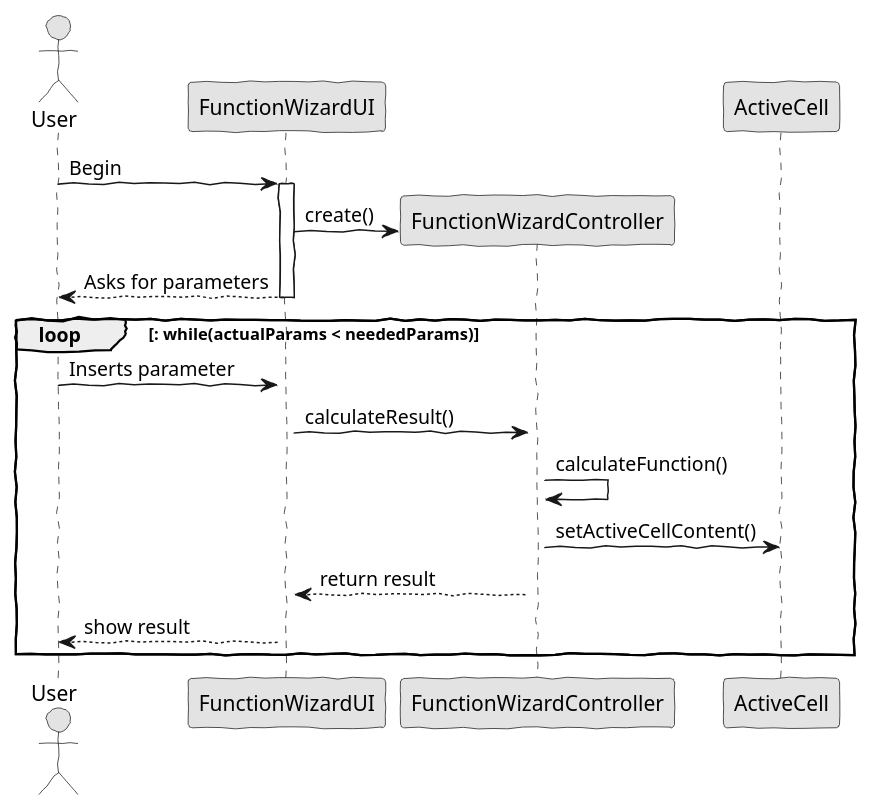
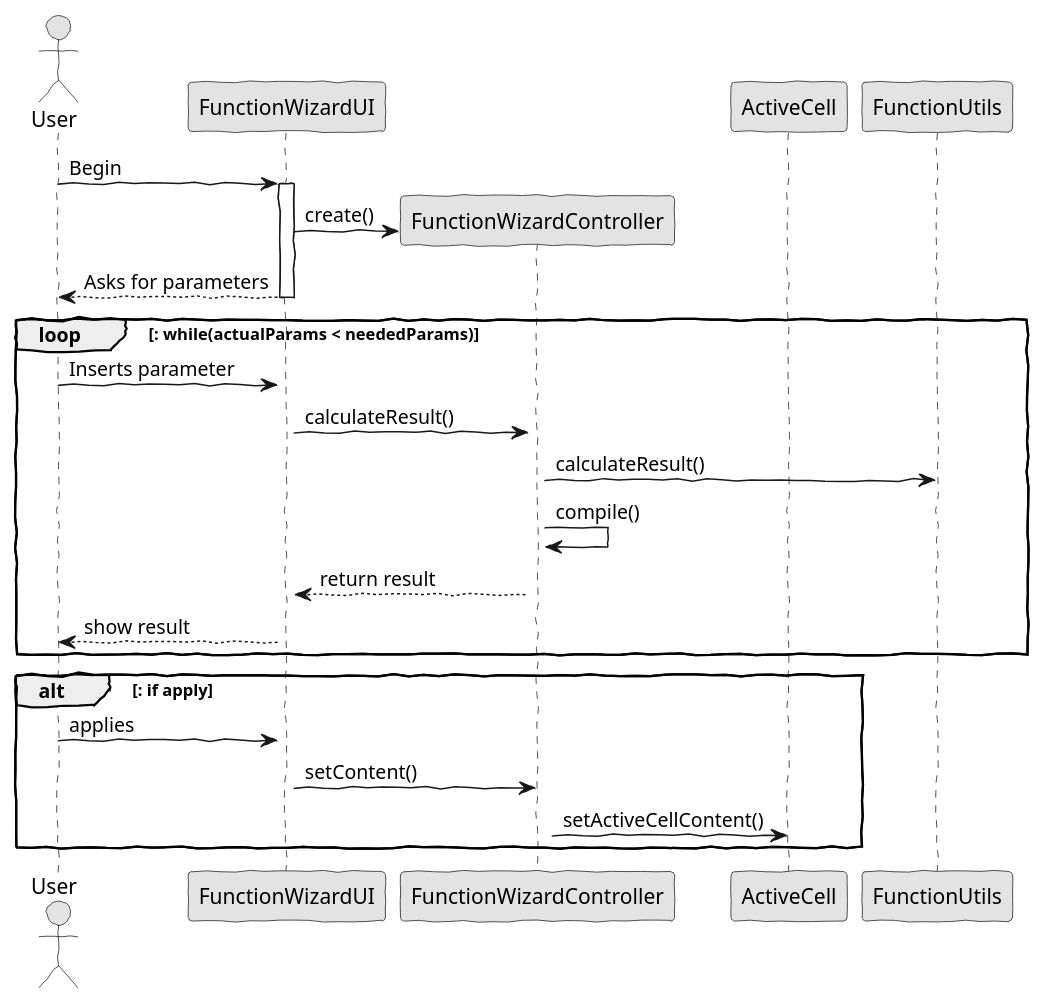
Before and after one commit to MikeTekOn/lapr4-2017-2dd: the diagram in src/main/java/lapr4/red/s2/lang/n1150613/FunctionWizard/sd2_insert_function_intermediate_wizard.puml, drawn with PlantUML. The commit also changed 7 other files, not shown here.

```diff
--- a/src/main/java/lapr4/red/s2/lang/n1150613/FunctionWizard/sd2_insert_function_intermediate_wizard.puml
+++ b/src/main/java/lapr4/red/s2/lang/n1150613/FunctionWizard/sd2_insert_function_intermediate_wizard.puml
@@ -1,41 +1,48 @@
 @startuml sd2_insert_function_basic_wizard.png
 skinparam handwritten true
 skinparam monochrome true
 skinparam packageStyle rect
 skinparam defaultFontName FG Virgil
 skinparam shadowing false
 
 actor User 
 
 participant "FunctionWizardUI" as UI
 participant "FunctionWizardController" as CRTL
 participant "ActiveCell" as cell
+participant "FunctionUtils" as func
 
 
 
 User -> UI : Begin
 create UI
 activate UI
 create CRTL
 
 
 UI -> CRTL : create()
 activate CRTL
  
 deactivate CRTL
 UI --> User : Asks for parameters 
 deactivate UI
 
 loop : while(actualParams < neededParams)
 User -> UI : Inserts parameter
 activate UI
 UI -> CRTL : calculateResult()
-CRTL -> CRTL : calculateFunction()
-CRTL -> cell : setActiveCellContent()
+CRTL -> func : calculateResult()
+CRTL -> CRTL : compile()
 CRTL --> UI : return result
 UI --> User : show result
 activate CRTL
 end
 
+alt : if apply
+User -> UI : applies
+UI -> CRTL : setContent()
+CRTL -> cell : setActiveCellContent()
+end
+
 
 @enduml
```
